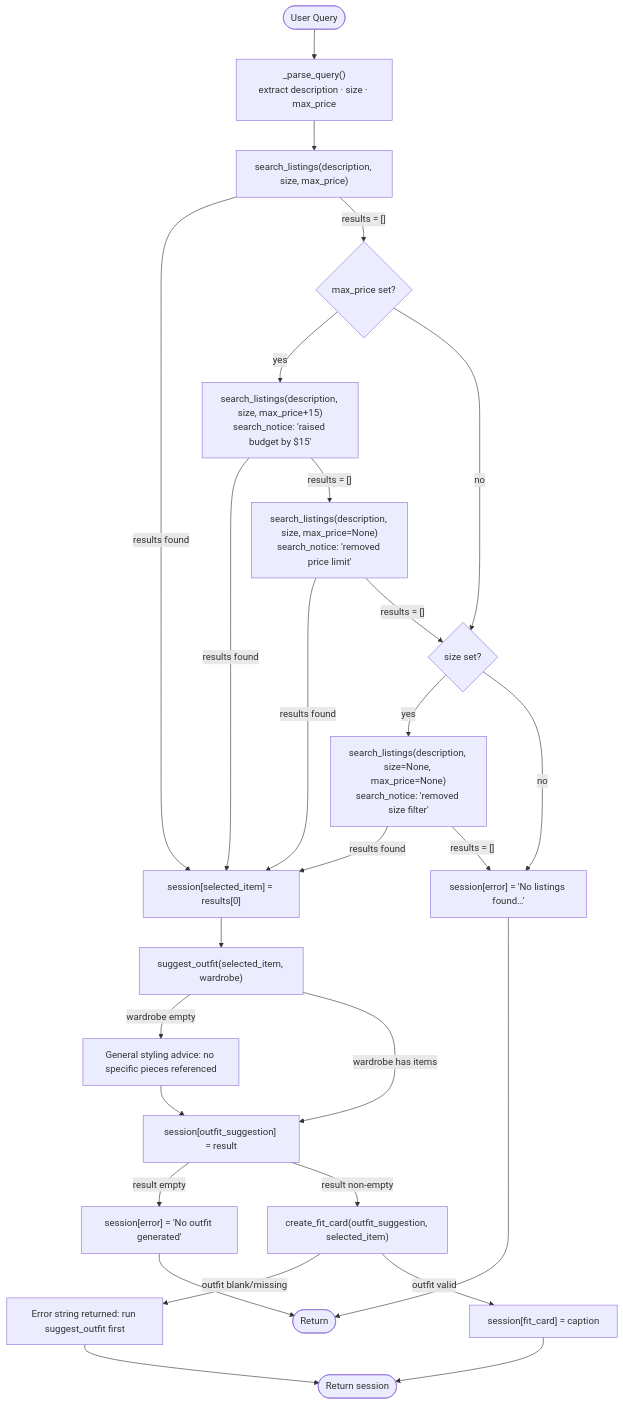
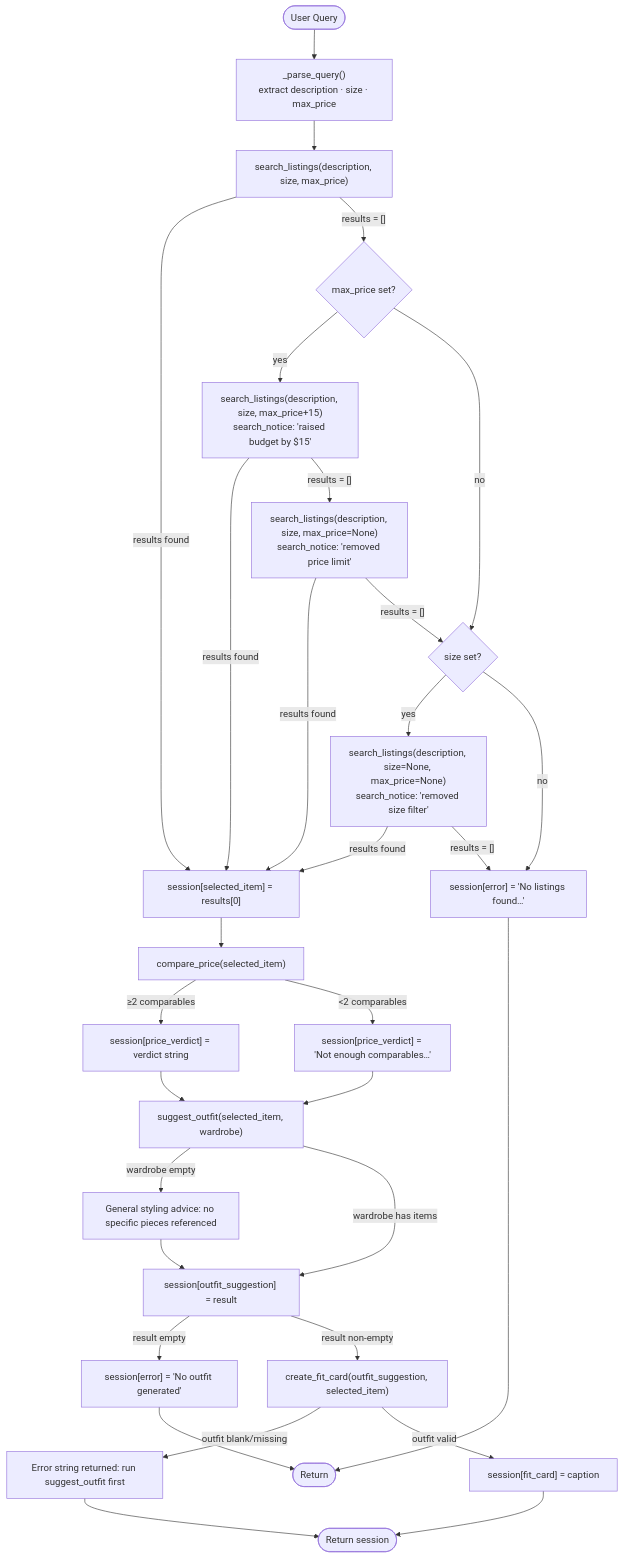
Before and after one commit to Rubey4112/ai201-project2-fitfindr-starter: the diagram in planning.md, drawn with Mermaid. The commit also changed other lines of this file, not shown here.

Commit message:
docs: added compare price tool

````diff
--- a/planning.md
+++ b/planning.md
@@ -181,41 +201,45 @@
 ```mermaid
 flowchart TD
     A([User Query]) --> P["_parse_query()\nextract description · size · max_price"]
 
     P --> C["search_listings(description, size, max_price)"]
 
     C -- "results found" --> F["session[selected_item] = results[0]"]
 
     C -- "results = []" --> R1{"max_price set?"}
     R1 -- "yes" --> C1["search_listings(description, size, max_price+15)\nsearch_notice: 'raised budget by $15'"]
     R1 -- "no" --> R3{"size set?"}
 
     C1 -- "results found" --> F
     C1 -- "results = []" --> R2["search_listings(description, size, max_price=None)\nsearch_notice: 'removed price limit'"]
 
     R2 -- "results found" --> F
     R2 -- "results = []" --> R3
 
     R3 -- "yes" --> C3["search_listings(description, size=None, max_price=None)\nsearch_notice: 'removed size filter'"]
     R3 -- "no" --> D["session[error] = 'No listings found…'"]
 
     C3 -- "results found" --> F
     C3 -- "results = []" --> D
     D --> Z([Return])
 
-    F --> G["suggest_outfit(selected_item, wardrobe)"]
+    F --> CP["compare_price(selected_item)"]
+    CP -- "≥2 comparables" --> PV["session[price_verdict] = verdict string"]
+    CP -- "<2 comparables" --> PV2["session[price_verdict] = 'Not enough comparables…'"]
+    PV --> G["suggest_outfit(selected_item, wardrobe)"]
+    PV2 --> G
 
     G -- "wardrobe empty" --> L["General styling advice: no specific pieces referenced"]
     G -- "wardrobe has items" --> H["session[outfit_suggestion] = result"]
     L --> H
 
     H -- "result empty" --> ERR["session[error] = 'No outfit generated'"]
     ERR --> Z
 
     H -- "result non-empty" --> I["create_fit_card(outfit_suggestion, selected_item)"]
     I -- "outfit blank/missing" --> M["Error string returned: run suggest_outfit first"]
     I -- "outfit valid" --> J["session[fit_card] = caption"]
 
     M --> K([Return session])
     J --> K
 ```
````
